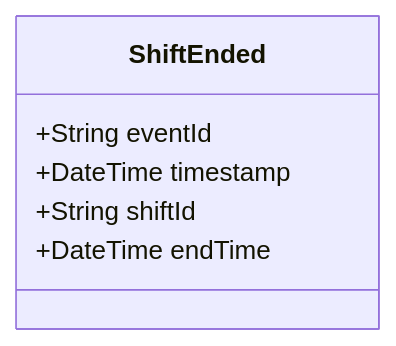
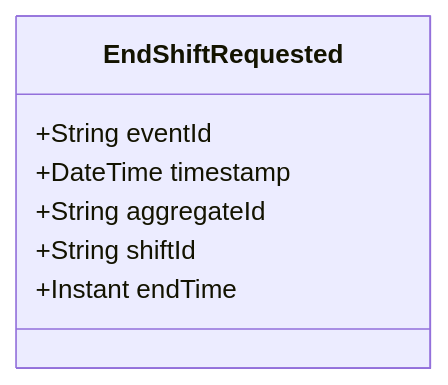
The diagram in doc/events/ShiftEnded.md (pgraff/police-system), drawn with Mermaid before and after one commit. The commit also changed other lines of this file and 58 other files, not shown here.

````diff
--- a/doc/events/ShiftEnded.md
+++ b/doc/events/ShiftEnded.md
@@ -9,9 +9,10 @@
 ```mermaid
 classDiagram
-    class ShiftEnded {
+    class EndShiftRequested {
         +String eventId
         +DateTime timestamp
+        +String aggregateId
         +String shiftId
-        +DateTime endTime
+        +Instant endTime
     }
 ```
````
